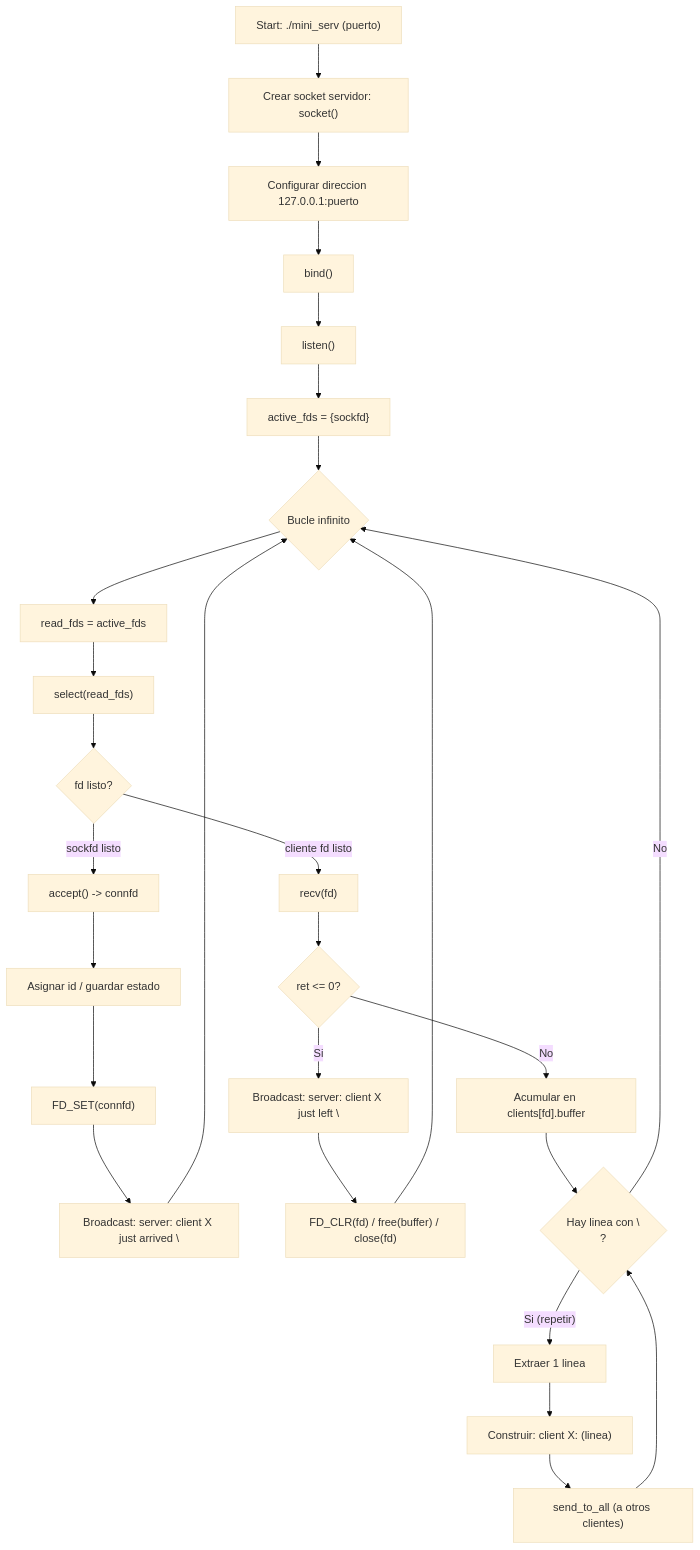
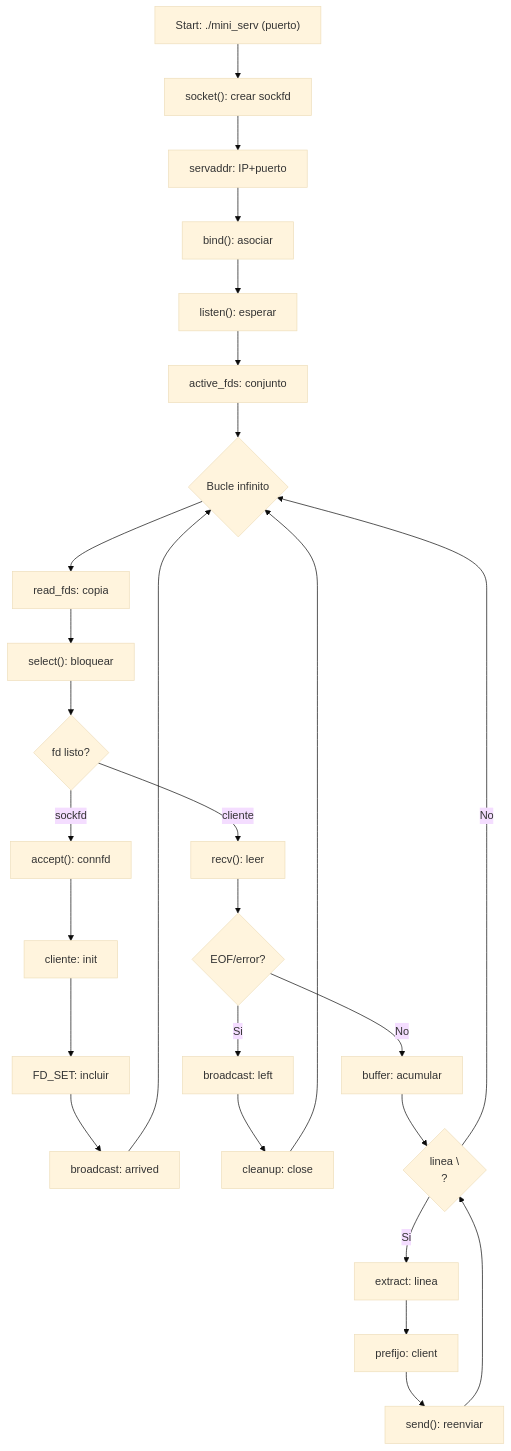
The diagram in README.md (mbolano42/Miniserver), drawn with Mermaid (base theme) before and after one commit. The commit also changed 1 other file, not shown here.

Commit message:
Mejorando la comprensión del ejercicio

````diff
--- a/README.md
+++ b/README.md
@@ -142,29 +142,29 @@
 ```mermaid
 flowchart TD
-  A["Start: ./mini_serv (puerto)"] --> B["Crear socket servidor: socket()"]
-  B --> C["Configurar direccion 127.0.0.1:puerto"]
-  C --> D["bind()"]
-  D --> E["listen()"]
-  E --> F["active_fds = {sockfd}"]
+  A["Start: ./mini_serv (puerto)"] --> B["socket(): crear sockfd"]
+  B --> C["servaddr: IP+puerto"]
+  C --> D["bind(): asociar"]
+  D --> E["listen(): esperar"]
+  E --> F["active_fds: conjunto"]
   F --> G{"Bucle infinito"}
-  G --> H["read_fds = active_fds"]
-  H --> I["select(read_fds)"]
+  G --> H["read_fds: copia"]
+  H --> I["select(): bloquear"]
   I --> J{"fd listo?"}
-  J -->|"sockfd listo"| K["accept() -> connfd"]
-  K --> L["Asignar id / guardar estado"]
-  L --> M["FD_SET(connfd)"]
-  M --> N["Broadcast: server: client X just arrived \\n"]
+  J -->|"sockfd"| K["accept(): connfd"]
+  K --> L["cliente: init"]
+  L --> M["FD_SET: incluir"]
+  M --> N["broadcast: arrived"]
   N --> G
-  J -->|"cliente fd listo"| O["recv(fd)"]
-  O --> P{"ret <= 0?"}
-  P -->|"Si"| Q["Broadcast: server: client X just left \\n"]
-  Q --> R["FD_CLR(fd) / free(buffer) / close(fd)"]
+  J -->|"cliente"| O["recv(): leer"]
+  O --> P{"EOF/error?"}
+  P -->|"Si"| Q["broadcast: left"]
+  Q --> R["cleanup: close"]
   R --> G
-  P -->|"No"| S["Acumular en clients[fd].buffer"]
-  S --> T{"Hay linea con \\n?"}
-  T -->|"Si (repetir)"| U["Extraer 1 linea"]
-  U --> V["Construir: client X: (linea)"]
-  V --> W["send_to_all (a otros clientes)"]
+  P -->|"No"| S["buffer: acumular"]
+  S --> T{"linea \\n?"}
+  T -->|"Si"| U["extract: linea"]
+  U --> V["prefijo: client"]
+  V --> W["send(): reenviar"]
   W --> T
   T -->|"No"| G
 ```
````
